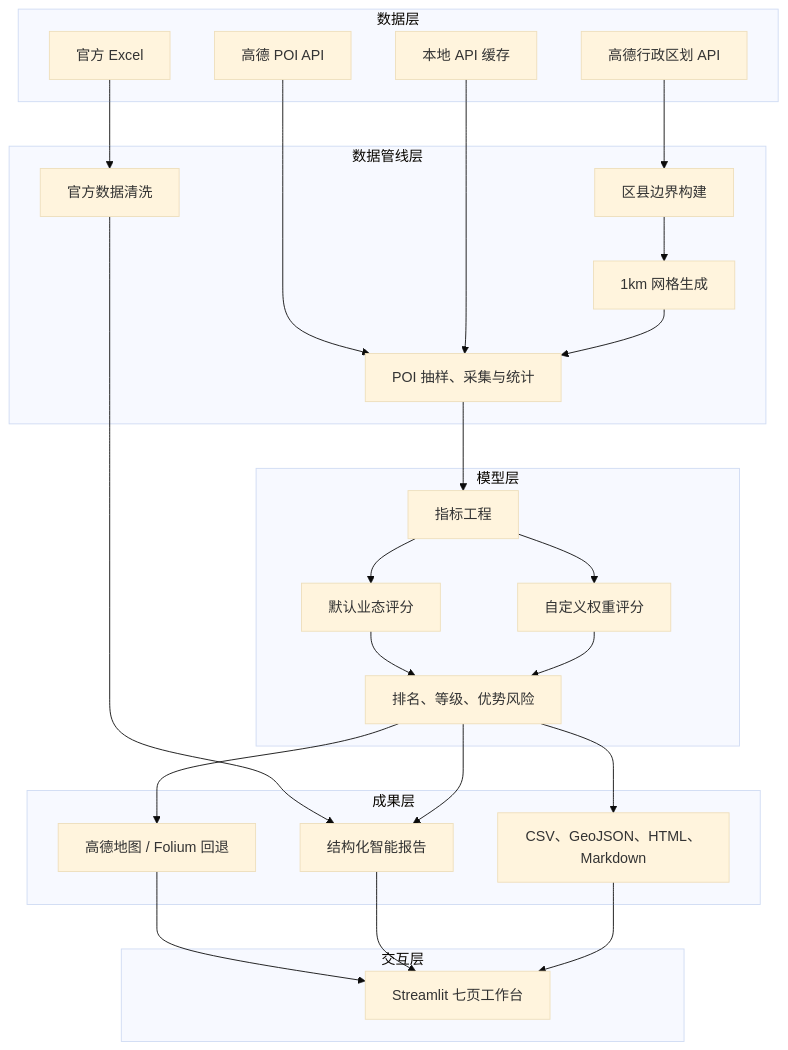
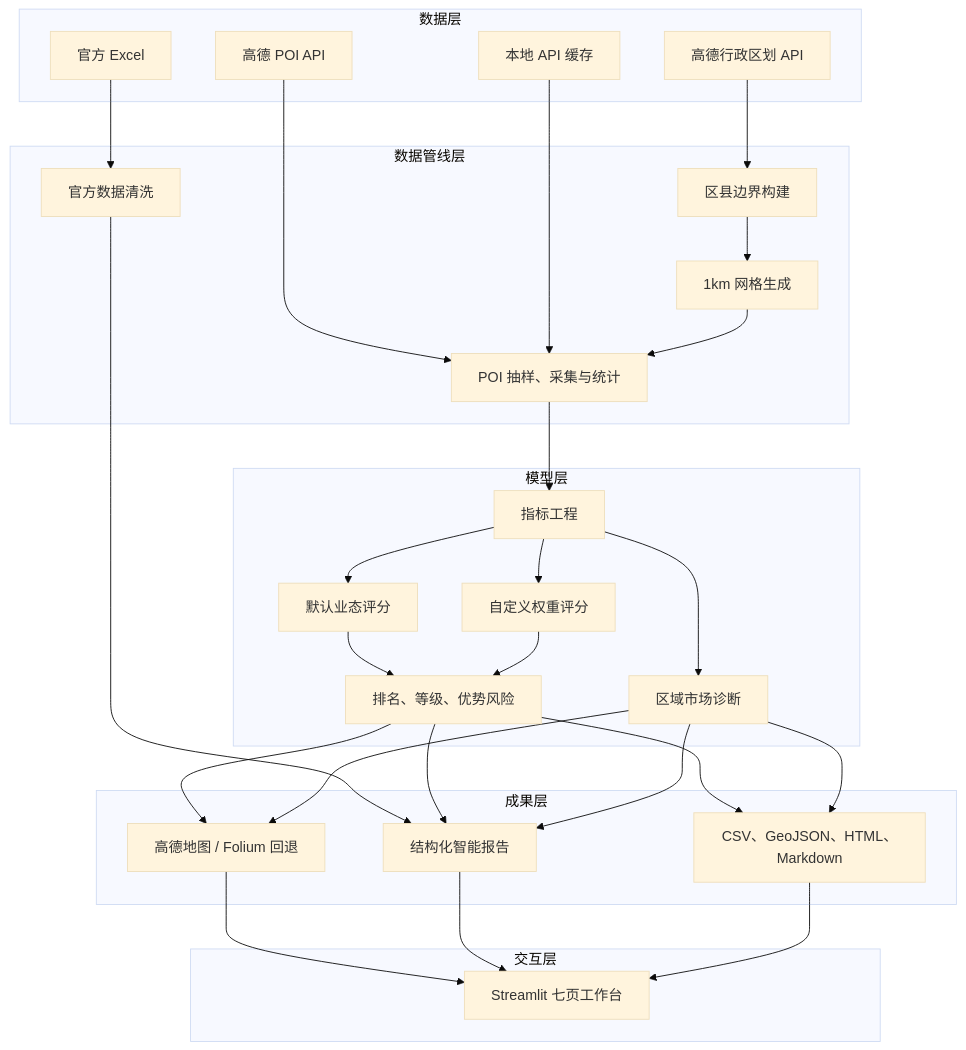
One commit to Brolem/qianzhi_selection changed the third of 3 diagrams in docs/黔址优选_v2项目说明材料.md. Above: the diagram before and after it, drawn with Mermaid (base theme). The commit also changed other lines of this file and 20 other files, not shown here.

````diff
--- a/docs/黔址优选_v2项目说明材料.md
+++ b/docs/黔址优选_v2项目说明材料.md
@@ -388,52 +424,57 @@
 ```mermaid
 flowchart TB
     subgraph Data["数据层"]
         A["官方 Excel"]
         B["高德行政区划 API"]
         C["高德 POI API"]
         D["本地 API 缓存"]
     end
 
     subgraph Pipeline["数据管线层"]
         E["官方数据清洗"]
         F["区县边界构建"]
         G["1km 网格生成"]
         H["POI 抽样、采集与统计"]
     end
 
     subgraph Model["模型层"]
         I["指标工程"]
         J["默认业态评分"]
         K["自定义权重评分"]
         L["排名、等级、优势风险"]
+        L2["区域市场诊断"]
     end
 
     subgraph Presentation["成果层"]
         M["高德地图 / Folium 回退"]
         N["结构化智能报告"]
         O["CSV、GeoJSON、HTML、Markdown"]
     end
 
     subgraph Web["交互层"]
         P["Streamlit 七页工作台"]
     end
 
     A --> E
     B --> F
     F --> G
     C --> H
     D --> H
     G --> H
     E --> N
     H --> I
     I --> J
     I --> K
     J --> L
     K --> L
+    I --> L2
     L --> M
     L --> N
     L --> O
+    L2 --> M
+    L2 --> N
+    L2 --> O
     M --> P
     N --> P
     O --> P
 ```
````
